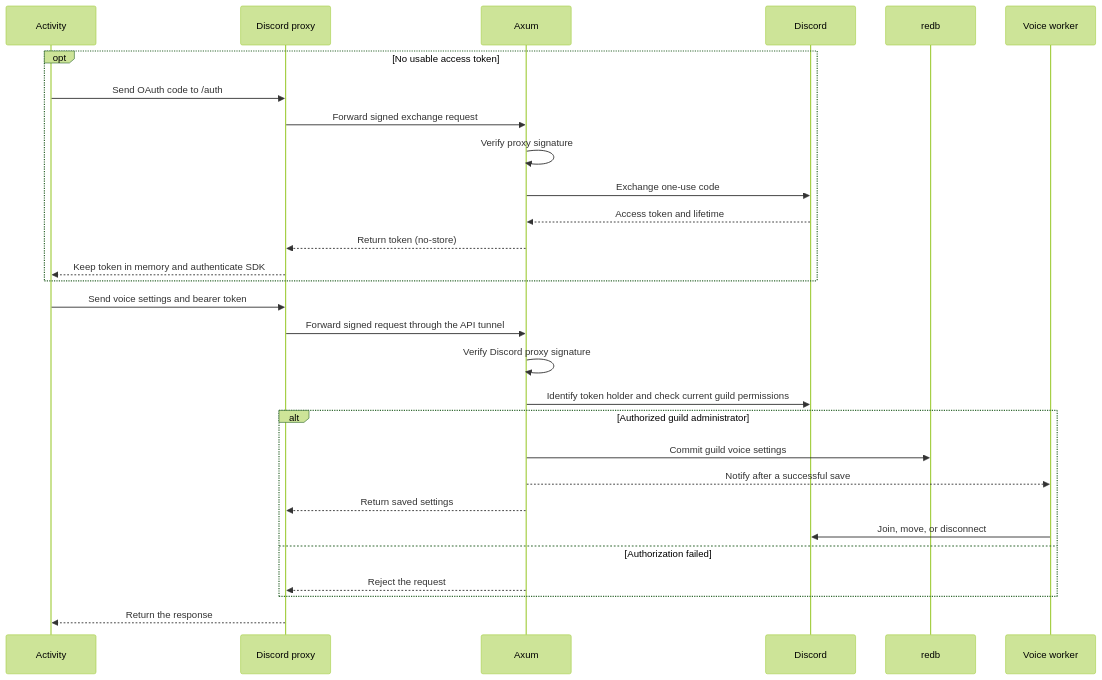
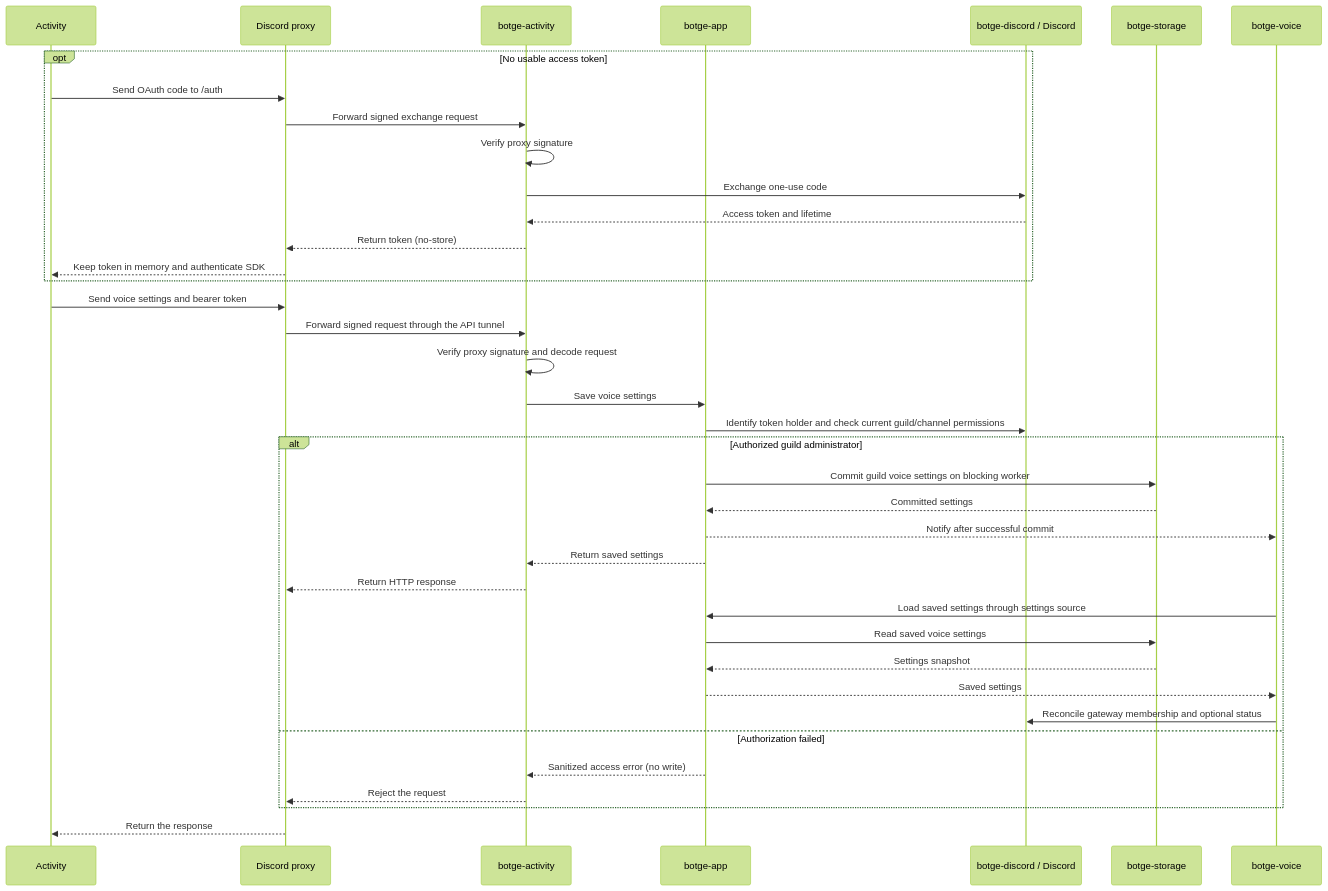
The second of 3 diagrams in docs/ARCHITECTURE.md (MrewyOrg/Botge), drawn with Mermaid (forest theme) before and after one commit. The commit also changed other lines of this file and 6 other files, not shown here.

Commit message:
docs(architecture): align diagrams with the Rust workspace

````diff
--- a/docs/ARCHITECTURE.md
+++ b/docs/ARCHITECTURE.md
@@ -99,31 +98,40 @@
 ```mermaid
 sequenceDiagram
     participant Browser as Activity
     participant Proxy as Discord proxy
-    participant API as Axum
-    participant Discord
-    participant DB as redb
-    participant Voice as Voice worker
+    participant API as botge-activity
+    participant App as botge-app
+    participant Discord as botge-discord / Discord
+    participant DB as botge-storage
+    participant Voice as botge-voice
     opt No usable access token
         Browser->>Proxy: Send OAuth code to /auth
         Proxy->>API: Forward signed exchange request
         API->>API: Verify proxy signature
         API->>Discord: Exchange one-use code
         Discord-->>API: Access token and lifetime
         API-->>Proxy: Return token (no-store)
         Proxy-->>Browser: Keep token in memory and authenticate SDK
     end
     Browser->>Proxy: Send voice settings and bearer token
     Proxy->>API: Forward signed request through the API tunnel
-    API->>API: Verify Discord proxy signature
-    API->>Discord: Identify token holder and check current guild permissions
+    API->>API: Verify proxy signature and decode request
+    API->>App: Save voice settings
+    App->>Discord: Identify token holder and check current guild/channel permissions
     alt Authorized guild administrator
-        API->>DB: Commit guild voice settings
-        API-->>Voice: Notify after a successful save
-        API-->>Proxy: Return saved settings
-        Voice->>Discord: Join, move, or disconnect
+        App->>DB: Commit guild voice settings on blocking worker
+        DB-->>App: Committed settings
+        App-->>Voice: Notify after successful commit
+        App-->>API: Return saved settings
+        API-->>Proxy: Return HTTP response
+        Voice->>App: Load saved settings through settings source
+        App->>DB: Read saved voice settings
+        DB-->>App: Settings snapshot
+        App-->>Voice: Saved settings
+        Voice->>Discord: Reconcile gateway membership and optional status
     else Authorization failed
+        App-->>API: Sanitized access error (no write)
         API-->>Proxy: Reject the request
     end
     Proxy-->>Browser: Return the response
 ```
````
